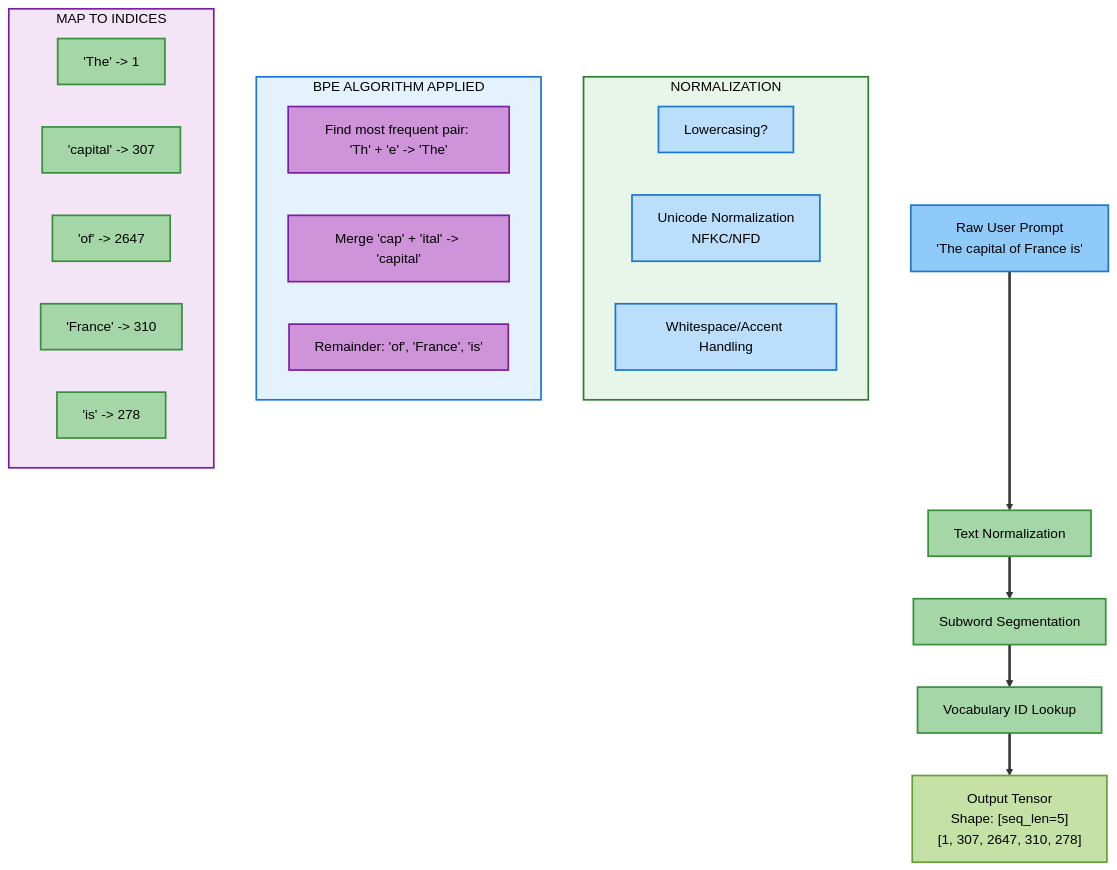
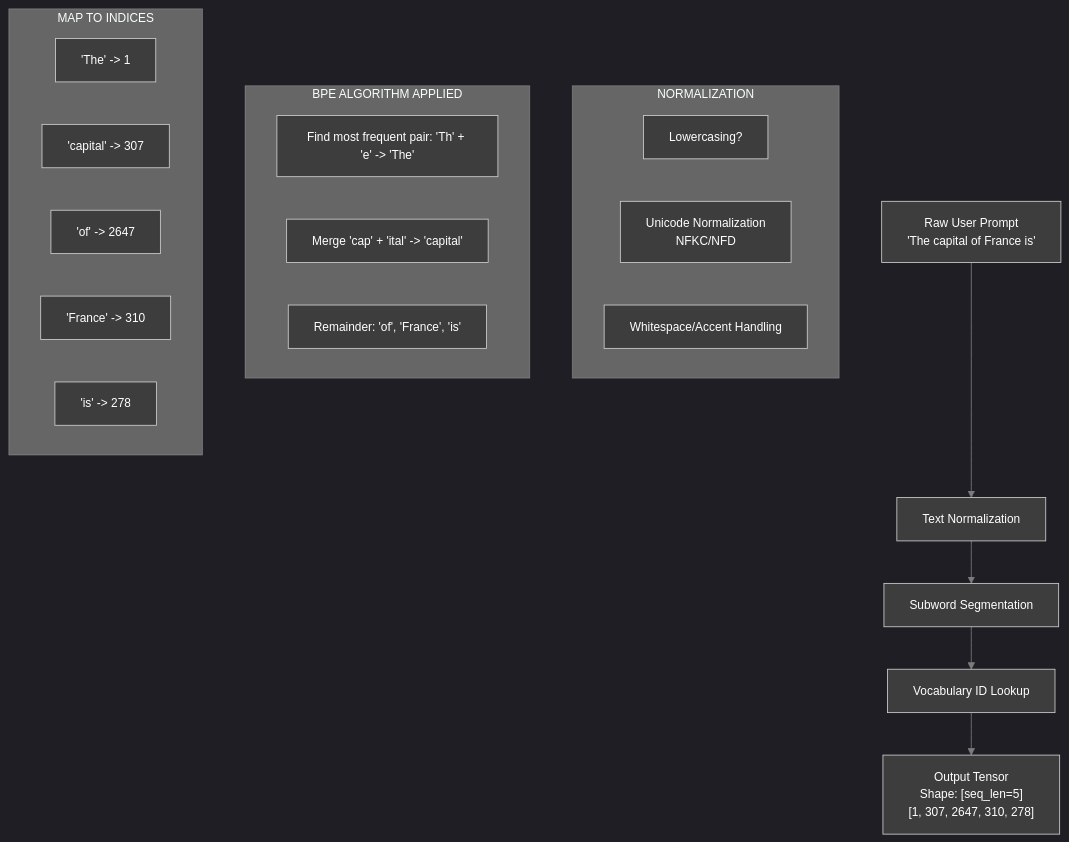
One commit to Shahriarin2garden/vllm_from_scratch changed the first of 14 diagrams in lab0.1/README.md. Above: the diagram before and after it, drawn with Mermaid. The commit also changed other lines of this file and 2 other files, not shown here.

````diff
--- a/lab0.1/README.md
+++ b/lab0.1/README.md
@@ -28,51 +106,29 @@
 ```mermaid
+%%{init: {'theme':'dark', 'themeVariables': { 'primaryColor':'#3d3d3d','primaryTextColor':'#fff','primaryBorderColor':'#7c7c7c','lineColor':'#7c7c7c','secondaryColor':'#4a4a4a','tertiaryColor':'#3d3d3d','background':'#2d2d2d','mainBkg':'#3d3d3d','secondBkg':'#4a4a4a','textColor':'#fff','fontSize':'14px'}}}%%
 flowchart TD
     A["Raw User Prompt<br/>'The capital of France is'"] --> B_Node[Text Normalization];
     B_Node --> C_Node[Subword Segmentation];
     C_Node --> D_Node[Vocabulary ID Lookup];
 
     subgraph B_Subgraph [" NORMALIZATION "]
         B1[Lowercasing?]
         B2[Unicode Normalization<br/>NFKC/NFD]
         B3[Whitespace/Accent Handling]
     end
 
     subgraph C_Subgraph [" BPE ALGORITHM APPLIED "]
         C1["Find most frequent pair: 'Th' + 'e' -> 'The'"]
         C2["Merge 'cap' + 'ital' -> 'capital'"]
         C3["Remainder: 'of', 'France', 'is'"]
     end
 
     subgraph D_Subgraph [" MAP TO INDICES "]
         D1["'The' -> 1"]
         D2["'capital' -> 307"]
         D3["'of' -> 2647"]
         D4["'France' -> 310"]
         D5["'is' -> 278"]
     end
 
     D_Node --> E["Output Tensor<br/>Shape: [seq_len=5]<br/>[1, 307, 2647, 310, 278]"];
-
-    linkStyle default stroke:#333,stroke-width:3px
-
-    style A fill:#90caf9,stroke:#1976d2,stroke-width:2px,color:#000
-    style B_Node fill:#a5d6a7,stroke:#388e3c,stroke-width:2px,color:#000
-    style C_Node fill:#a5d6a7,stroke:#388e3c,stroke-width:2px,color:#000
-    style D_Node fill:#a5d6a7,stroke:#388e3c,stroke-width:2px,color:#000
-    style E fill:#c5e1a5,stroke:#689f38,stroke-width:2px,color:#000
-    style B_Subgraph fill:#e8f5e9,stroke:#2e7d32,stroke-width:2px,color:#000
-    style C_Subgraph fill:#e3f2fd,stroke:#1976d2,stroke-width:2px,color:#000
-    style D_Subgraph fill:#f3e5f5,stroke:#7b1fa2,stroke-width:2px,color:#000
-    style B1 fill:#bbdefb,stroke:#1976d2,stroke-width:2px,color:#000
-    style B2 fill:#bbdefb,stroke:#1976d2,stroke-width:2px,color:#000
-    style B3 fill:#bbdefb,stroke:#1976d2,stroke-width:2px,color:#000
-    style C1 fill:#ce93d8,stroke:#7b1fa2,stroke-width:2px,color:#000
-    style C2 fill:#ce93d8,stroke:#7b1fa2,stroke-width:2px,color:#000
-    style C3 fill:#ce93d8,stroke:#7b1fa2,stroke-width:2px,color:#000
-    style D1 fill:#a5d6a7,stroke:#388e3c,stroke-width:2px,color:#000
-    style D2 fill:#a5d6a7,stroke:#388e3c,stroke-width:2px,color:#000
-    style D3 fill:#a5d6a7,stroke:#388e3c,stroke-width:2px,color:#000
-    style D4 fill:#a5d6a7,stroke:#388e3c,stroke-width:2px,color:#000
-    style D5 fill:#a5d6a7,stroke:#388e3c,stroke-width:2px,color:#000
-
 ```
````
